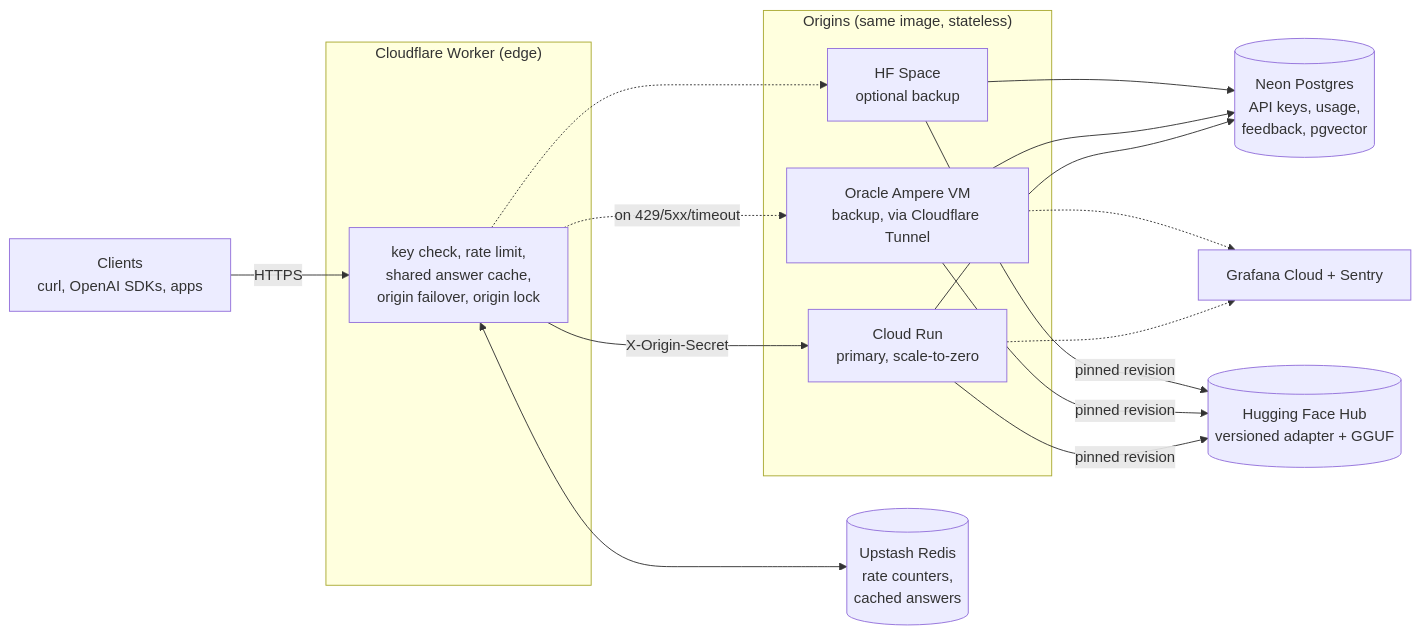
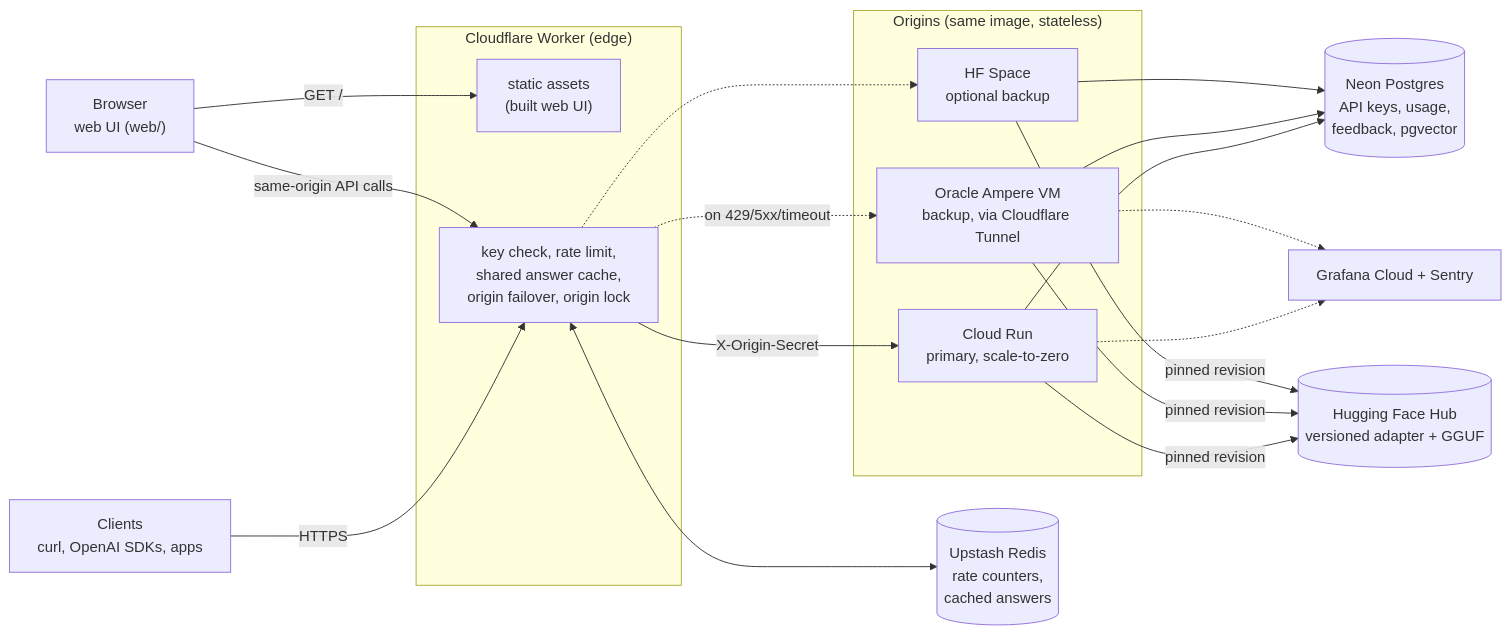
Before and after one commit to syed-waleed-ahmed/Niche-Finetuned-Model: the first of 3 diagrams in ARCHITECTURE.md, drawn with Mermaid. The commit also changed other lines of this file and 47 other files, not shown here.

````diff
--- a/ARCHITECTURE.md
+++ b/ARCHITECTURE.md
@@ -32,29 +32,33 @@
 ```mermaid
 flowchart LR
     Client["Clients<br/>curl, OpenAI SDKs, apps"]
+    Browser["Browser<br/>web UI (web/)"]
 
     subgraph Edge["Cloudflare Worker (edge)"]
+        Assets["static assets<br/>(built web UI)"]
         W["key check, rate limit,<br/>shared answer cache,<br/>origin failover, origin lock"]
     end
 
     Redis[("Upstash Redis<br/>rate counters,<br/>cached answers")]
 
     subgraph Origins["Origins (same image, stateless)"]
         CR["Cloud Run<br/>primary, scale-to-zero"]
         VM["Oracle Ampere VM<br/>backup, via Cloudflare Tunnel"]
         HF["HF Space<br/>optional backup"]
     end
 
     PG[("Neon Postgres<br/>API keys, usage,<br/>feedback, pgvector")]
     Hub[("Hugging Face Hub<br/>versioned adapter + GGUF")]
     Obs["Grafana Cloud + Sentry"]
 
     Client -->|HTTPS| W
+    Browser -->|GET /| Assets
+    Browser -->|same-origin API calls| W
     W <--> Redis
     W -->|X-Origin-Secret| CR
     W -.->|on 429/5xx/timeout| VM
     W -.-> HF
     CR & VM & HF --> PG
     CR & VM & HF -->|pinned revision| Hub
     CR & VM -.-> Obs
 ```
````
